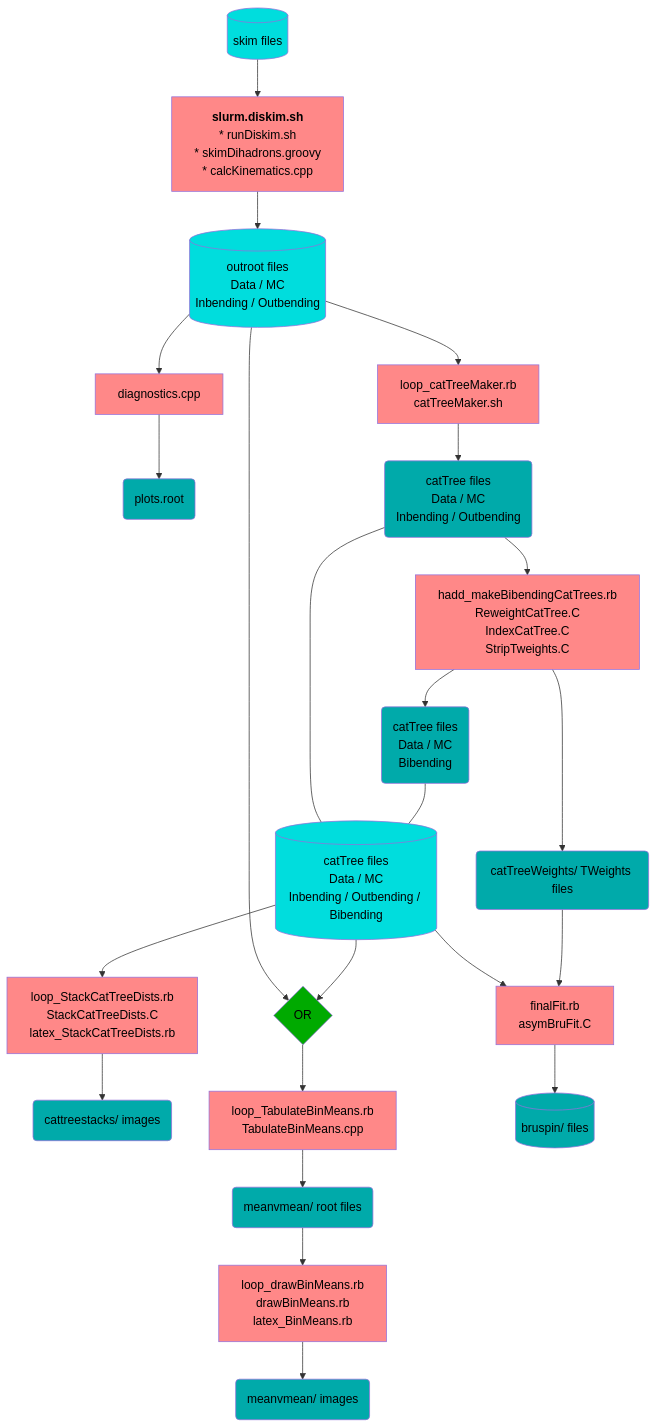
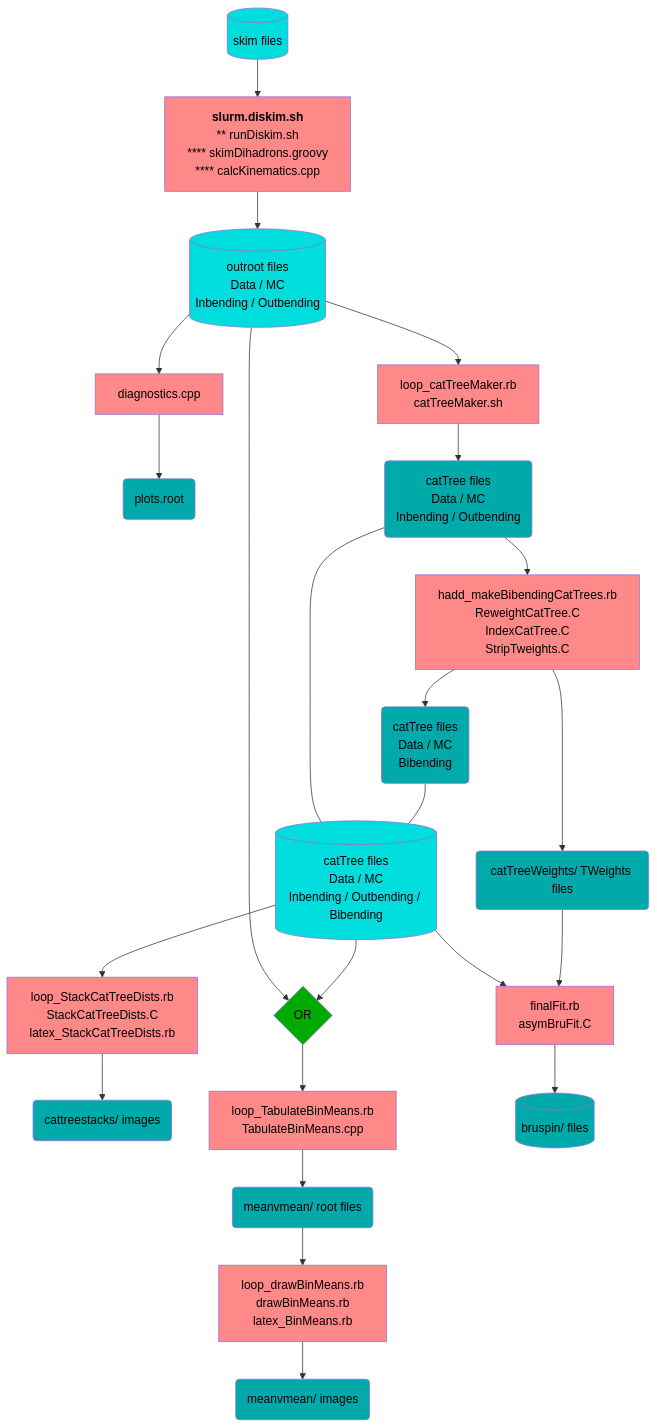
The first of 2 diagrams in README.md (c-dilks/dispin), drawn with Mermaid before and after one commit.

Commit message:
modified:   README.md

````diff
--- a/README.md
+++ b/README.md
@@ -94,48 +94,48 @@
 ```mermaid
 flowchart TB
   classDef alg fill:#ff8888,color:black
   classDef data fill:#00aaaa,color:black
   classDef bigdata fill:#00dddd,color:black
   classDef op fill:#00aa00,color:black
 
   Skims[(skim files)]:::bigdata
-  RunDiskim[<strong>slurm.diskim.sh</strong><br/>&Tab;* runDiskim.sh<br/>&Tab;&Tab;* skimDihadrons.groovy<br/>&Tab;&Tab;* calcKinematics.cpp]:::alg
+  RunDiskim[<strong>slurm.diskim.sh</strong><br/>** runDiskim.sh<br/>**** skimDihadrons.groovy<br/>**** calcKinematics.cpp]:::alg
   Outroots[(outroot files<br/>Data / MC<br/>Inbending / Outbending)]:::bigdata
   Skims --> RunDiskim --> Outroots
 
   Diagnostics[diagnostics.cpp]:::alg
   DiagnosticsPlots(plots.root):::data
   Outroots --> Diagnostics --> DiagnosticsPlots
 
   CatTreeMaker[loop_catTreeMaker.rb<br/>catTreeMaker.sh]:::alg
   CatTreesIBOB(catTree files<br/>Data / MC<br/>Inbending / Outbending):::data
   HaddBibending[hadd_makeBibendingCatTrees.rb<br/>ReweightCatTree.C<br/>IndexCatTree.C<br/>StripTweights.C]:::alg
   CatTreesBB(catTree files<br/>Data / MC<br/>Bibending):::data
   CatTreeWeights(catTreeWeights/ TWeights files):::data
   CatTrees[(catTree files<br/>Data / MC<br/>Inbending / Outbending / Bibending)]:::bigdata
   Outroots --> CatTreeMaker
   CatTreeMaker --> CatTreesIBOB --> HaddBibending
   HaddBibending --> CatTreeWeights
   HaddBibending --> CatTreesBB
   CatTreesIBOB --- CatTrees
   CatTreesBB --- CatTrees
 
   StackCatTreeDists[loop_StackCatTreeDists.rb<br/>StackCatTreeDists.C<br/>latex_StackCatTreeDists.rb]:::alg
   CatTreeStacks(cattreestacks/ images):::data
   CatTrees --> StackCatTreeDists --> CatTreeStacks
 
   MeanVsMean[loop_TabulateBinMeans.rb<br/>TabulateBinMeans.cpp]:::alg
   MeanVsMeanRoot(meanvmean/ root files):::data
   MeanVsMeanDraw[loop_drawBinMeans.rb<br/>drawBinMeans.rb<br/>latex_BinMeans.rb]:::alg
   MeanVsMeanImages(meanvmean/ images):::data
   MeanVsMeanInputOR{OR}:::op
   Outroots --> MeanVsMeanInputOR
   CatTrees --> MeanVsMeanInputOR
   MeanVsMeanInputOR --> MeanVsMean --> MeanVsMeanRoot --> MeanVsMeanDraw --> MeanVsMeanImages
 
   FinalFit[finalFit.rb<br/>asymBruFit.C]:::alg
   BruSpin[(bruspin/ files)]:::data
   CatTrees --> FinalFit --> BruSpin
   CatTreeWeights --> FinalFit
 
 ```
````
